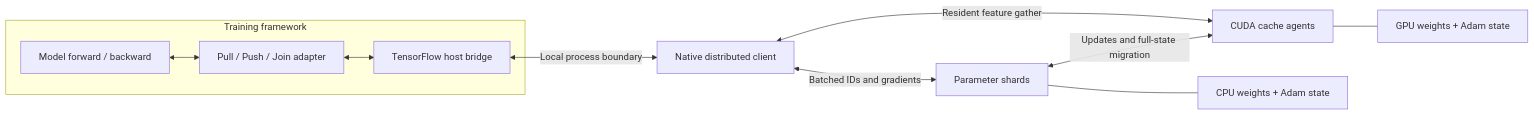
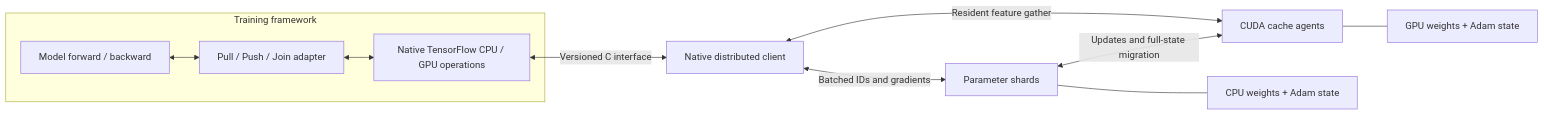
Before and after one commit to Zhang-Xin-Duke/distributed-recommendation-model-training-system: the second of 2 diagrams in README.md, drawn with Mermaid. The commit also changed other lines of this file and 13 other files, not shown here.

Commit message:
Document native TensorFlow integration and verified multi-owner model trajectories

````diff
--- a/README.md
+++ b/README.md
@@ -91,13 +99,13 @@
 ```mermaid
 flowchart LR
     subgraph Framework[Training framework]
         G[Model forward / backward] <--> A[Pull / Push / Join adapter]
-        A <--> H[TensorFlow host bridge]
+        A <--> H[Native TensorFlow CPU / GPU operations]
     end
-    H <-->|Local process boundary| C[Native distributed client]
+    H <-->|Versioned C interface| C[Native distributed client]
     C <-->|Batched IDs and gradients| S[Parameter shards]
     C <-->|Resident feature gather| W[CUDA cache agents]
     S <-->|Updates and full-state migration| W
     S --- T[CPU weights + Adam state]
     W --- V[GPU weights + Adam state]
 ```
````
